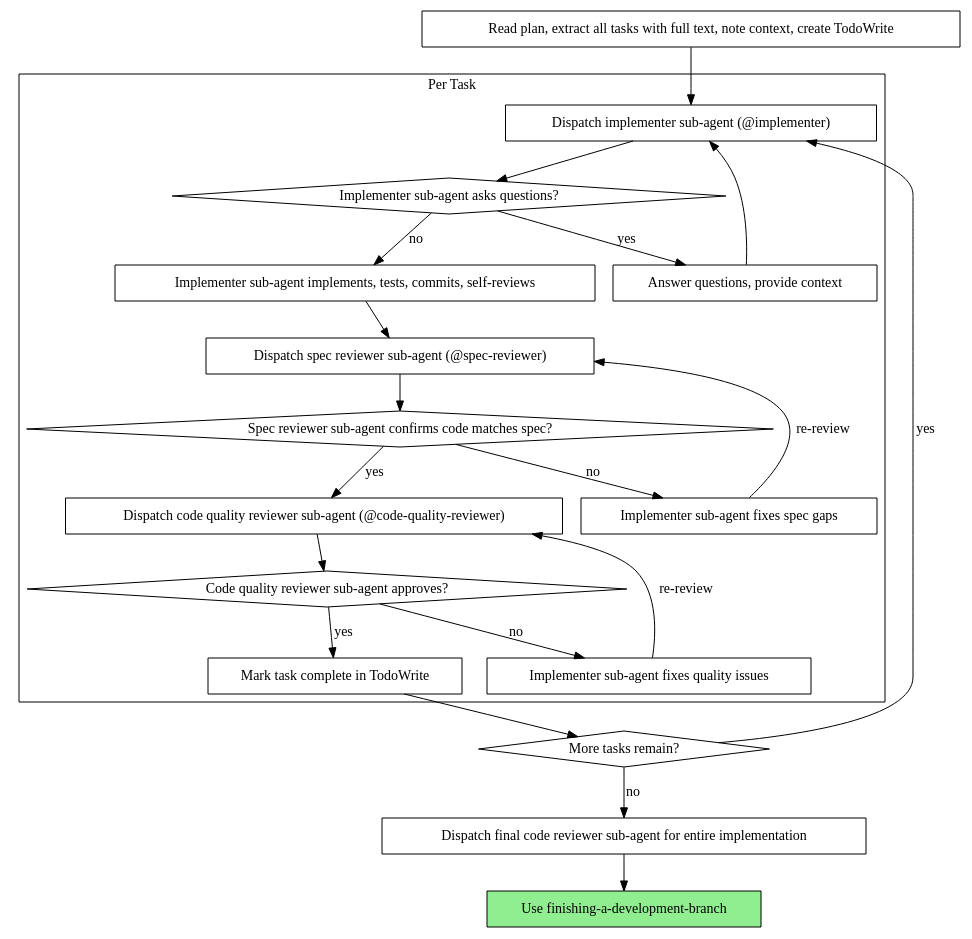
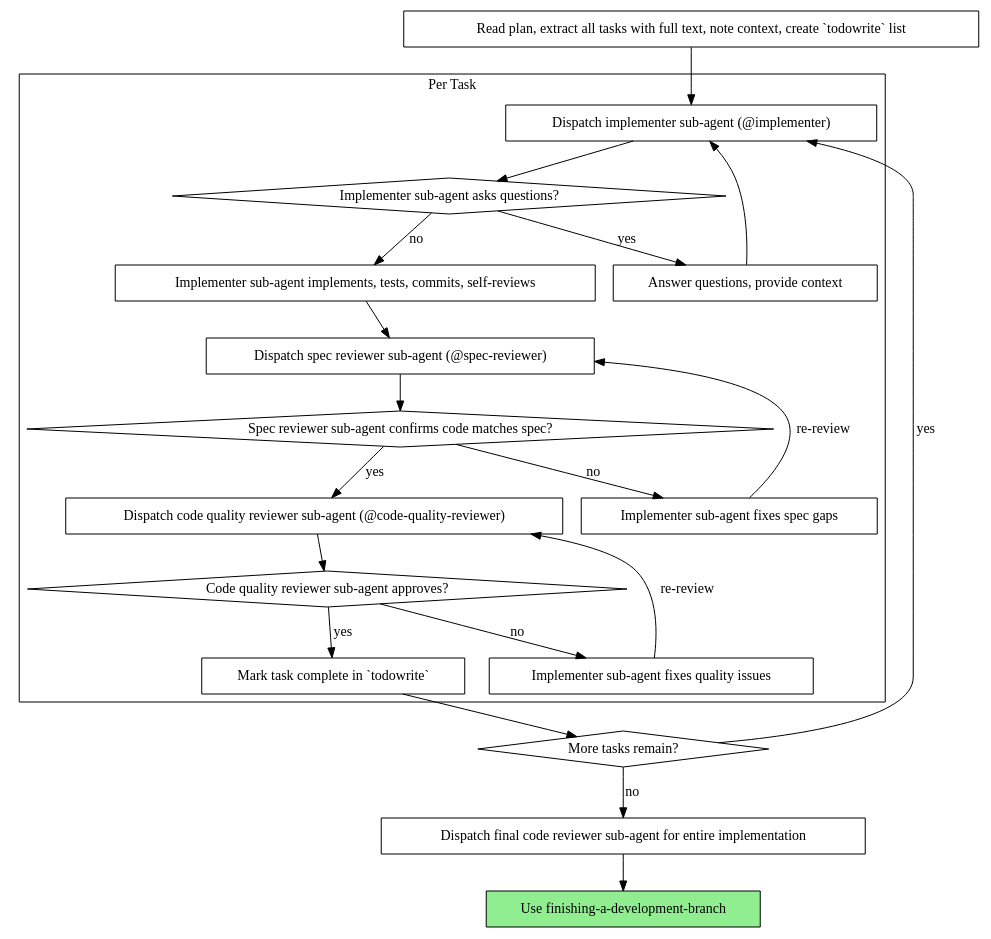
The second of 2 diagrams in skills/subagent-driven-development/SKILL.md (osmontero/opencode-skills), drawn with Graphviz before and after one commit. The commit also changed other lines of this file and 50 other files, not shown here.

````diff
--- a/skills/subagent-driven-development/SKILL.md
+++ b/skills/subagent-driven-development/SKILL.md
@@ -43,44 +43,44 @@
 ```dot
 digraph process {
     rankdir=TB;
 
     subgraph cluster_per_task {
         label="Per Task";
         "Dispatch implementer sub-agent (@implementer)" [shape=box];
         "Implementer sub-agent asks questions?" [shape=diamond];
         "Answer questions, provide context" [shape=box];
         "Implementer sub-agent implements, tests, commits, self-reviews" [shape=box];
         "Dispatch spec reviewer sub-agent (@spec-reviewer)" [shape=box];
         "Spec reviewer sub-agent confirms code matches spec?" [shape=diamond];
         "Implementer sub-agent fixes spec gaps" [shape=box];
         "Dispatch code quality reviewer sub-agent (@code-quality-reviewer)" [shape=box];
         "Code quality reviewer sub-agent approves?" [shape=diamond];
         "Implementer sub-agent fixes quality issues" [shape=box];
-        "Mark task complete in TodoWrite" [shape=box];
+        "Mark task complete in `todowrite`" [shape=box];
     }
 
-    "Read plan, extract all tasks with full text, note context, create TodoWrite" [shape=box];
+    "Read plan, extract all tasks with full text, note context, create `todowrite` list" [shape=box];
     "More tasks remain?" [shape=diamond];
     "Dispatch final code reviewer sub-agent for entire implementation" [shape=box];
     "Use finishing-a-development-branch" [shape=box style=filled fillcolor=lightgreen];
 
-    "Read plan, extract all tasks with full text, note context, create TodoWrite" -> "Dispatch implementer sub-agent (@implementer)";
+    "Read plan, extract all tasks with full text, note context, create `todowrite` list" -> "Dispatch implementer sub-agent (@implementer)";
     "Dispatch implementer sub-agent (@implementer)" -> "Implementer sub-agent asks questions?";
     "Implementer sub-agent asks questions?" -> "Answer questions, provide context" [label="yes"];
     "Answer questions, provide context" -> "Dispatch implementer sub-agent (@implementer)";
     "Implementer sub-agent asks questions?" -> "Implementer sub-agent implements, tests, commits, self-reviews" [label="no"];
     "Implementer sub-agent implements, tests, commits, self-reviews" -> "Dispatch spec reviewer sub-agent (@spec-reviewer)";
     "Dispatch spec reviewer sub-agent (@spec-reviewer)" -> "Spec reviewer sub-agent confirms code matches spec?";
     "Spec reviewer sub-agent confirms code matches spec?" -> "Implementer sub-agent fixes spec gaps" [label="no"];
     "Implementer sub-agent fixes spec gaps" -> "Dispatch spec reviewer sub-agent (@spec-reviewer)" [label="re-review"];
     "Spec reviewer sub-agent confirms code matches spec?" -> "Dispatch code quality reviewer sub-agent (@code-quality-reviewer)" [label="yes"];
     "Dispatch code quality reviewer sub-agent (@code-quality-reviewer)" -> "Code quality reviewer sub-agent approves?";
     "Code quality reviewer sub-agent approves?" -> "Implementer sub-agent fixes quality issues" [label="no"];
     "Implementer sub-agent fixes quality issues" -> "Dispatch code quality reviewer sub-agent (@code-quality-reviewer)" [label="re-review"];
-    "Code quality reviewer sub-agent approves?" -> "Mark task complete in TodoWrite" [label="yes"];
-    "Mark task complete in TodoWrite" -> "More tasks remain?";
+    "Code quality reviewer sub-agent approves?" -> "Mark task complete in `todowrite`" [label="yes"];
+    "Mark task complete in `todowrite`" -> "More tasks remain?";
     "More tasks remain?" -> "Dispatch implementer sub-agent (@implementer)" [label="yes"];
     "More tasks remain?" -> "Dispatch final code reviewer sub-agent for entire implementation" [label="no"];
     "Dispatch final code reviewer sub-agent for entire implementation" -> "Use finishing-a-development-branch";
 }
 ```
````
